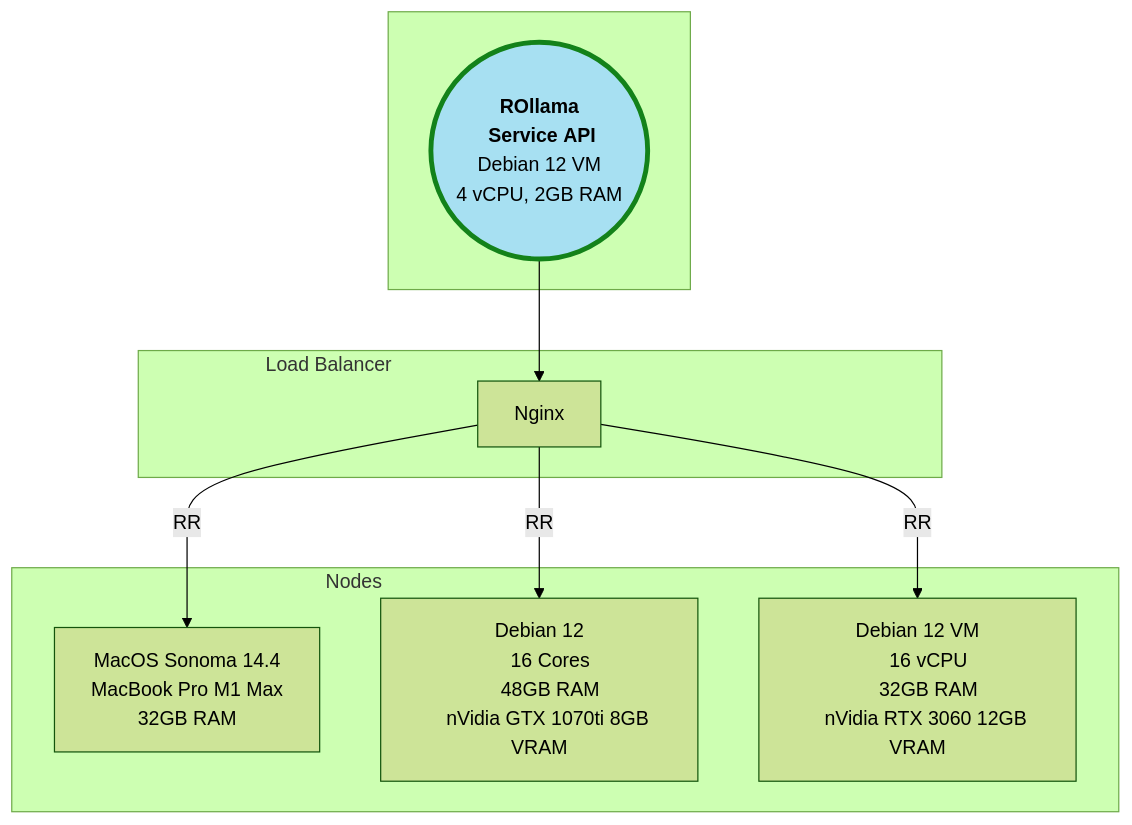
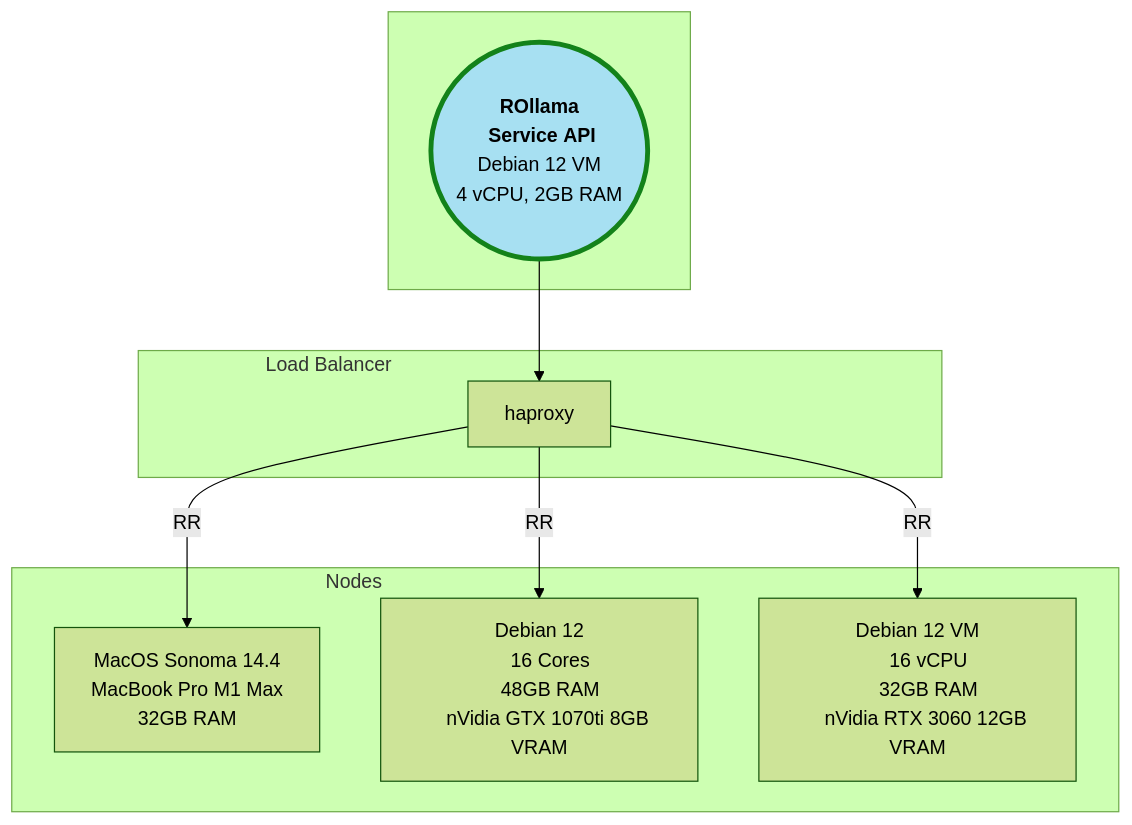
Before and after one commit to ovaisq/LLM-RedditScraper: the second of 4 diagrams in README.md, drawn with Mermaid.

Commit message:
replace nginx with haproxy

````diff
--- a/README.md
+++ b/README.md
@@ -73,33 +73,33 @@
 ```mermaid
 %%{init: {'theme': 'forest'}}%%
 graph TD;
     style R fill:#a7e0f2,stroke:#13821a,stroke-width:4px
   subgraph ROllama[ ]
   R(("`**ROllama
     &nbsp&nbsp&nbsp&nbspService&nbspAPI**`"&nbsp&nbsp&nbsp
     Debian 12 VM
     &nbsp&nbsp&nbsp4 vCPU, 2GB RAM&nbsp&nbsp&nbsp ))
   end
   subgraph Load_Balancer["Load Balancer"&nbsp&nbsp&nbsp&nbsp&nbsp&nbsp&nbsp&nbsp&nbsp&nbsp&nbsp&nbsp&nbsp&nbsp&nbsp&nbsp&nbsp&nbsp&nbsp&nbsp&nbsp&nbsp&nbsp&nbsp&nbsp&nbsp&nbsp&nbsp&nbsp&nbsp&nbsp&nbsp&nbsp&nbsp&nbsp&nbsp&nbsp&nbsp&nbsp&nbsp&nbsp&nbsp&nbsp&nbsp&nbsp&nbsp&nbsp&nbsp&nbsp&nbsp&nbsp&nbsp&nbsp&nbsp&nbsp&nbsp&nbsp&nbsp&nbsp&nbsp&nbsp&nbsp&nbsp&nbsp&nbsp&nbsp&nbsp&nbsp&nbsp&nbsp&nbsp&nbsp&nbsp&nbsp&nbsp&nbsp&nbsp&nbsp]
-    Nginx[Nginx]
+    Nginx[haproxy]
   end
 
   subgraph Nodes["Nodes"&nbsp&nbsp&nbsp&nbsp&nbsp&nbsp&nbsp&nbsp&nbsp&nbsp&nbsp&nbsp&nbsp&nbsp&nbsp&nbsp&nbsp&nbsp&nbsp&nbsp&nbsp&nbsp&nbsp&nbsp&nbsp&nbsp&nbsp&nbsp&nbsp&nbsp&nbsp&nbsp&nbsp&nbsp&nbsp&nbsp&nbsp&nbsp&nbsp&nbsp&nbsp&nbsp&nbsp&nbsp&nbsp&nbsp&nbsp&nbsp&nbsp&nbsp&nbsp&nbsp&nbsp&nbsp&nbsp&nbsp&nbsp&nbsp&nbsp&nbsp&nbsp&nbsp&nbsp&nbsp&nbsp&nbsp&nbsp&nbsp&nbsp&nbsp&nbsp&nbsp&nbsp&nbsp&nbsp&nbsp&nbsp&nbsp]
     Node1[MacOS Sonoma 14.4
     MacBook Pro M1 Max
     32GB RAM]
     Node2[Debian 12
     16 Cores
     48GB RAM
     nVidia GTX 1070ti 8GB VRAM]
     Node3[Debian 12 VM
     16 vCPU
     32GB RAM
     nVidia RTX 3060 12GB VRAM]
   end
 
   Nginx -- RR --> Node1
   Nginx -- RR --> Node2
   Nginx -- RR --> Node3
   R --> Nginx
 ```
````
